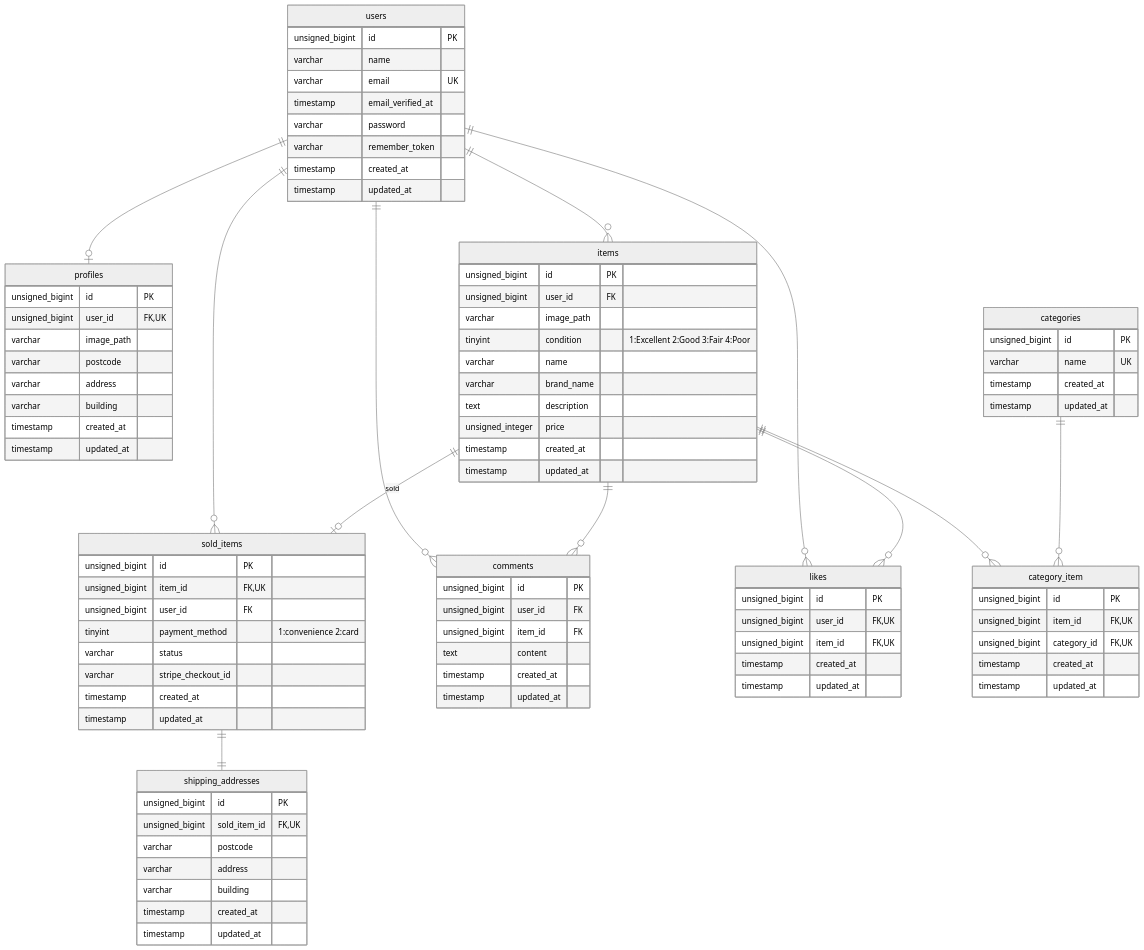
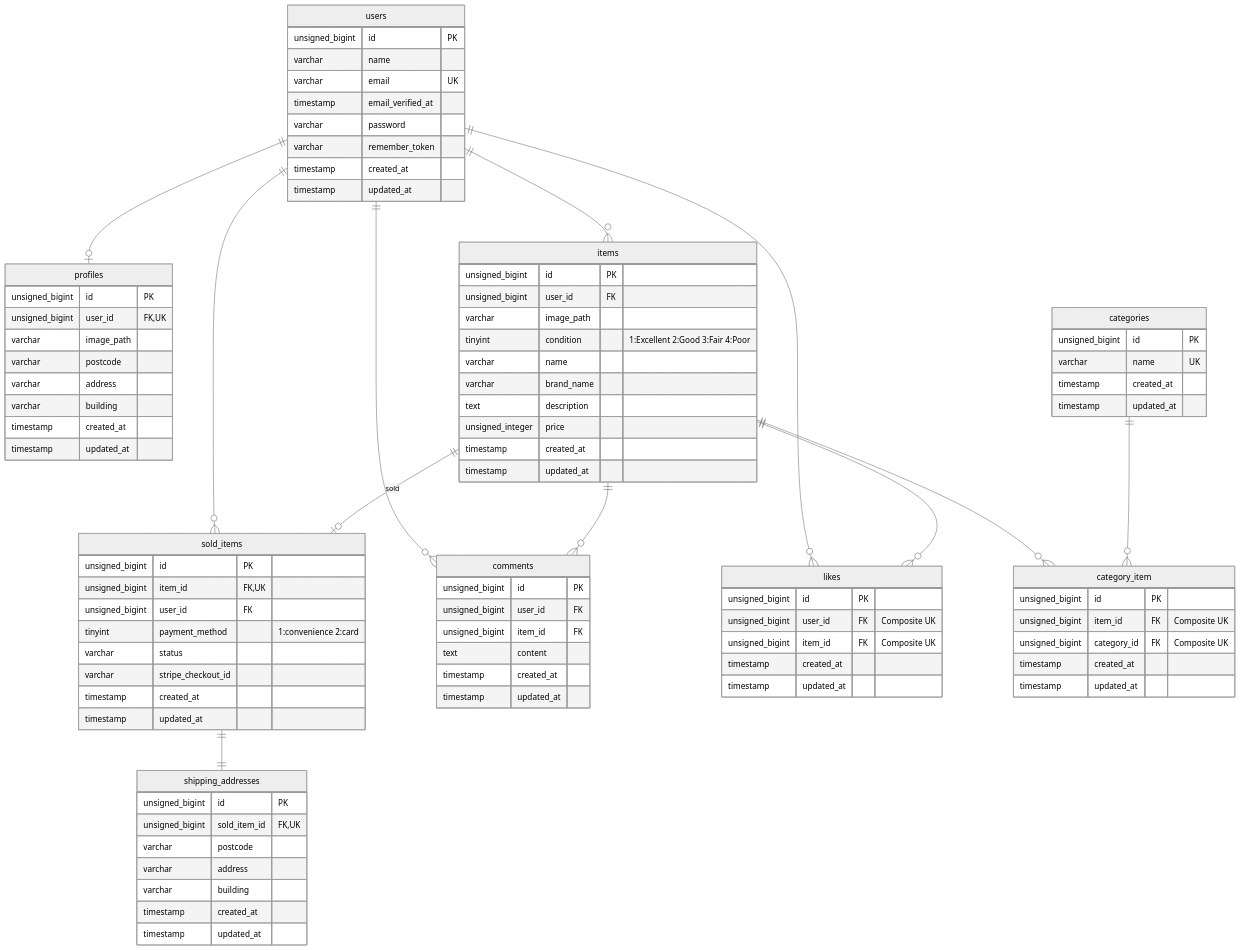
Before and after one commit to sappy3105/fleamarket-app: the diagram in README.md, drawn with Mermaid (neutral theme).

Commit message:
READMEファイル修正

```diff
--- a/README.md
+++ b/README.md
@@ -321,16 +321,16 @@
 
 category_item {
     unsigned_bigint id PK
-    unsigned_bigint item_id FK,UK
-    unsigned_bigint category_id FK,UK
+    unsigned_bigint item_id FK "Composite UK"
+    unsigned_bigint category_id FK "Composite UK"
     timestamp created_at
     timestamp updated_at
 }
 
 likes {
     unsigned_bigint id PK
-    unsigned_bigint user_id FK,UK
-    unsigned_bigint item_id FK,UK
+    unsigned_bigint user_id FK "Composite UK"
+    unsigned_bigint item_id FK "Composite UK"
     timestamp created_at
     timestamp updated_at
 }
```
